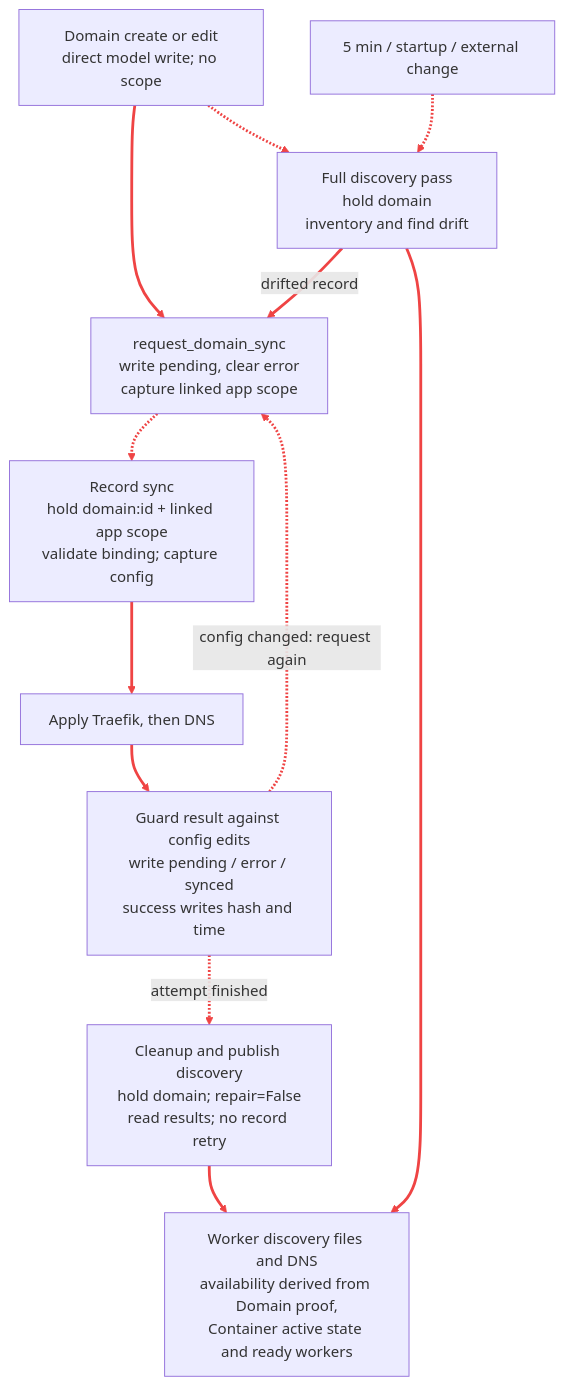
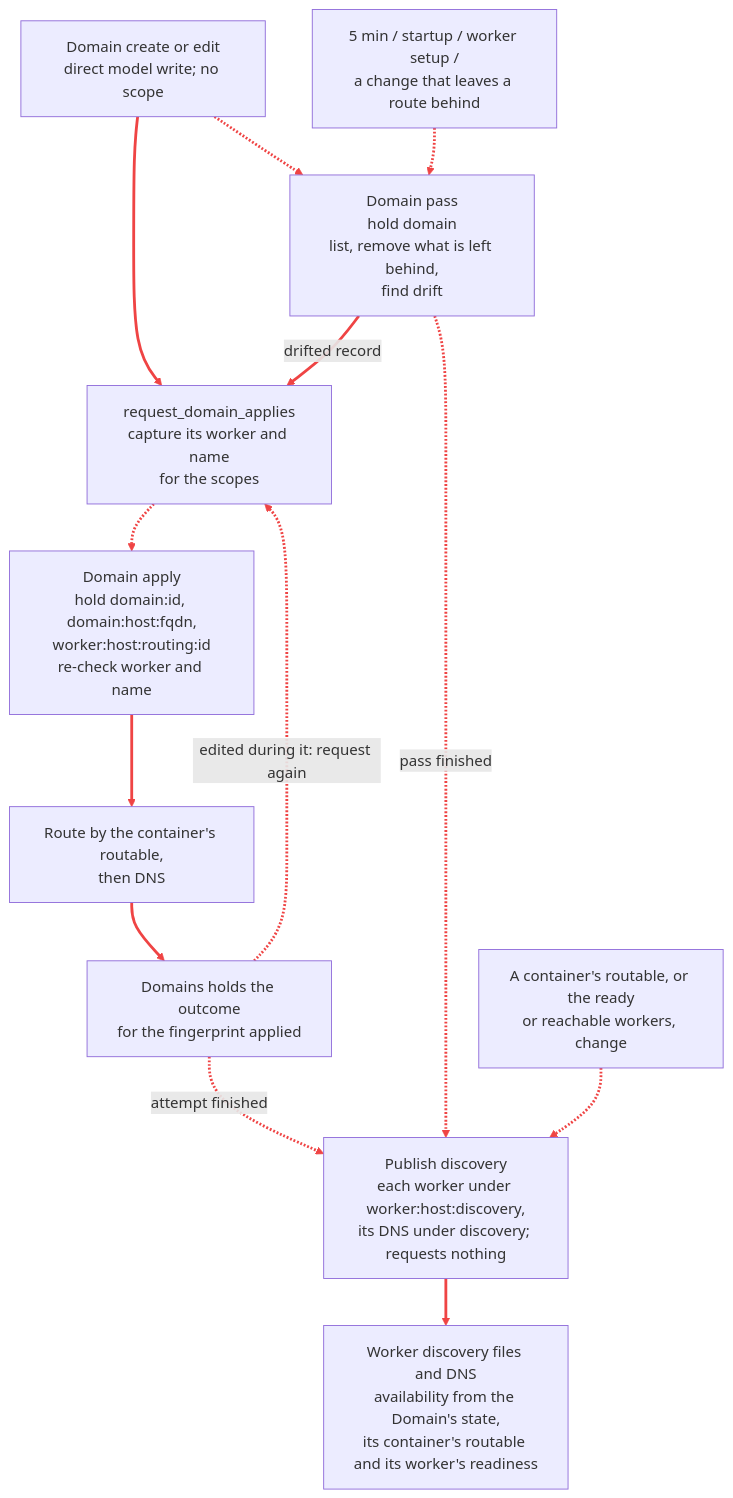
The second of 4 diagrams in docs/operations.md (v31-dev/sage), drawn with Mermaid before and after one commit. The commit also changed other lines of this file and 374 other files, not shown here.

````diff
--- a/docs/operations.md
+++ b/docs/operations.md
@@ -209,25 +245,27 @@
 ```mermaid
 %%{init: {"themeVariables": {"lineColor": "#ef4444"}, "themeCSS": ".marker { overflow: visible; } .arrowMarkerPath { stroke-width: 2px !important; } .edge-pattern-dotted { stroke-dasharray: 8 6 !important; }"}}%%
 flowchart TB
     edit["Domain create or edit<br/>direct model write; no scope"]
-    trigger["5 min / startup / external change"]
-    request["request_domain_sync<br/>write pending, clear error<br/>capture linked app scope"]
-    parent["Full discovery pass<br/>hold domain<br/>inventory and find drift"]
-    child["Record sync<br/>hold domain:id + linked app scope<br/>validate binding; capture config"]
-    apply["Apply Traefik, then DNS"]
-    result["Guard result against config edits<br/>write pending / error / synced<br/>success writes hash and time"]
-    publish["Cleanup and publish discovery<br/>hold domain; repair=False<br/>read results; no record retry"]
-    output["Worker discovery files and DNS<br/>availability derived from Domain proof,<br/>Container active state and ready workers"]
+    trigger["5 min / startup / worker setup /<br/>a change that leaves a route behind"]
+    request["request_domain_applies<br/>capture its worker and name<br/>for the scopes"]
+    parent["Domain pass<br/>hold domain<br/>list, remove what is left behind,<br/>find drift"]
+    child["Domain apply<br/>hold domain:id, domain:host:fqdn,<br/>worker:host:routing:id<br/>re-check worker and name"]
+    apply["Route by the container's routable,<br/>then DNS"]
+    result["Domains holds the outcome<br/>for the fingerprint applied"]
+    facts["A container's routable, or the ready<br/>or reachable workers, change"]
+    publish["Publish discovery<br/>each worker under worker:host:discovery,<br/>its DNS under discovery; requests nothing"]
+    output["Worker discovery files and DNS<br/>availability from the Domain's state,<br/>its container's routable and its worker's readiness"]
 
     edit --> request
     edit -.-> parent
     trigger -.-> parent
     parent -->|"drifted record"| request
     request -.-> child
     child --> apply --> result
-    result -.->|"config changed: request again"| request
+    result -.->|"edited during it: request again"| request
     result -.->|"attempt finished"| publish
-    parent --> output
+    parent -.->|"pass finished"| publish
+    facts -.-> publish
     publish --> output
     linkStyle default stroke:#ef4444,stroke-width:3px
 ```
````
